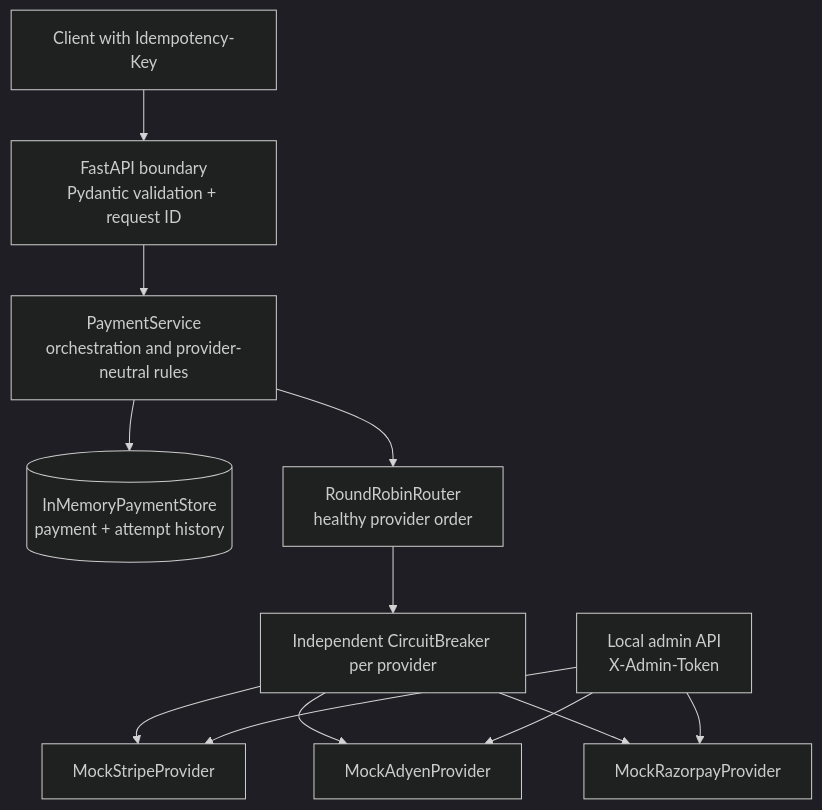
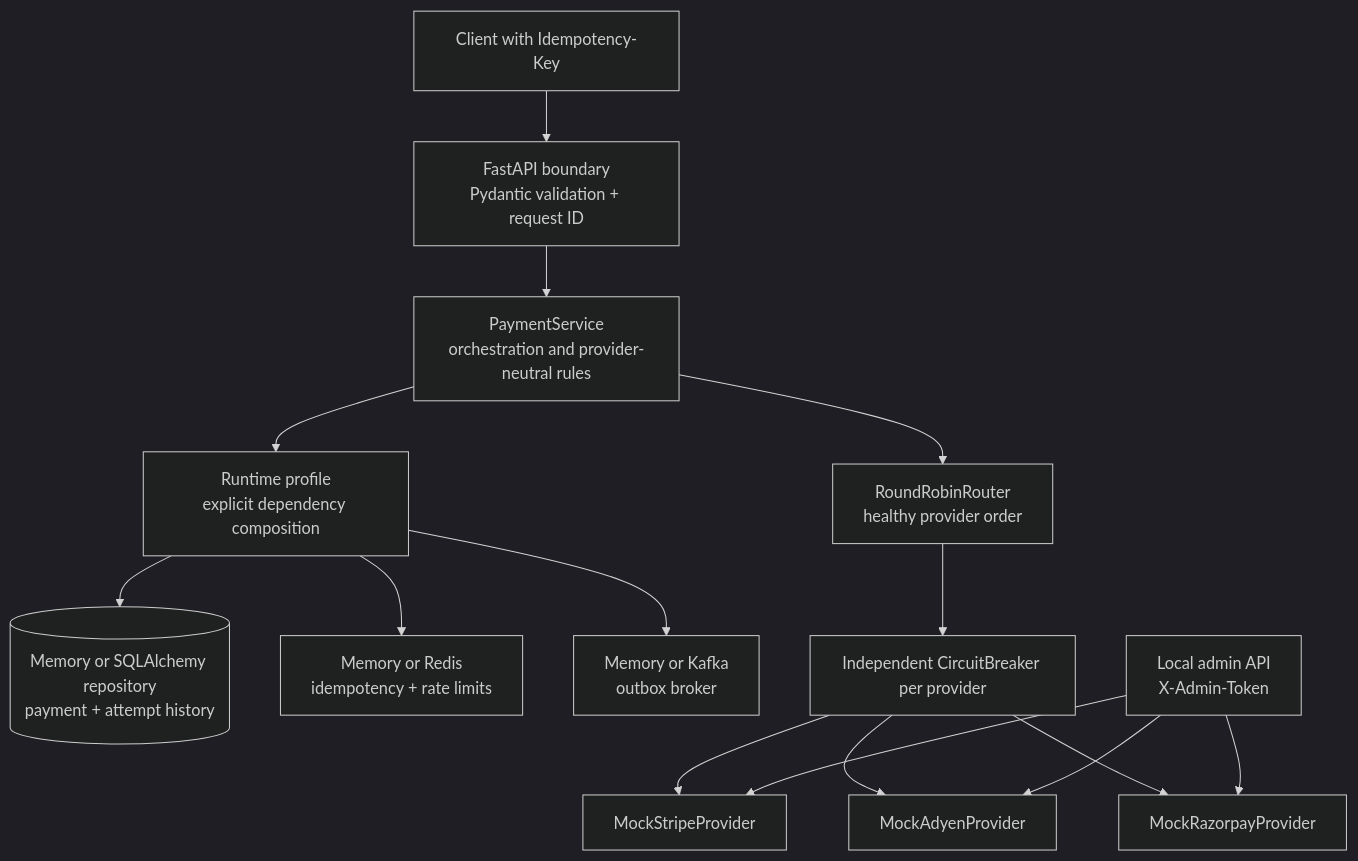
One commit to MetalCloth/pyswitch changed the first of 4 diagrams in docs/architecture.md. Above: the diagram before and after it, drawn with Mermaid (dark theme). The commit also changed other lines of this file and 8 other files, not shown here.

````diff
--- a/docs/architecture.md
+++ b/docs/architecture.md
@@ -7,14 +7,17 @@
 ```mermaid
 flowchart TB
     Client[Client with Idempotency-Key] --> Boundary[FastAPI boundary<br/>Pydantic validation + request ID]
     Boundary --> Service[PaymentService<br/>orchestration and provider-neutral rules]
-    Service --> Store[(InMemoryPaymentStore<br/>payment + attempt history)]
+    Service --> Runtime[Runtime profile<br/>explicit dependency composition]
+    Runtime --> Store[(Memory or SQLAlchemy repository<br/>payment + attempt history)]
+    Runtime --> Coordination[Memory or Redis<br/>idempotency + rate limits]
+    Runtime --> Events[Memory or Kafka<br/>outbox broker]
     Service --> Router[RoundRobinRouter<br/>healthy provider order]
     Router --> Breakers[Independent CircuitBreaker per provider]
     Breakers --> Stripe[MockStripeProvider]
     Breakers --> Adyen[MockAdyenProvider]
     Breakers --> Razorpay[MockRazorpayProvider]
     Admin[Local admin API<br/>X-Admin-Token] --> Stripe
     Admin --> Adyen
     Admin --> Razorpay
 ```
````
